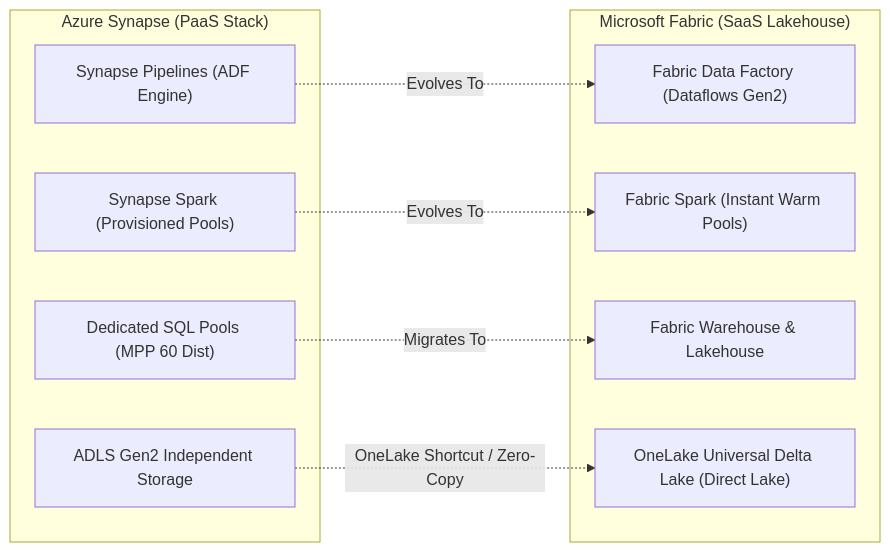
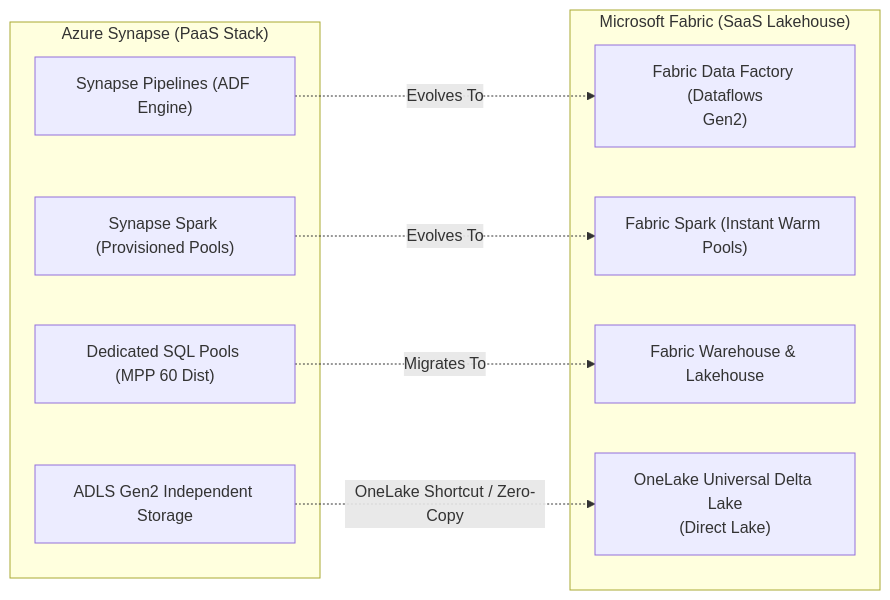
The diagram in cheatsheets/azure-service-map-and-renames.md (santoshjammi29/azure-cheat-sheet), drawn with Mermaid before and after one commit. The commit also changed 15 other files, not shown here.

Commit message:
fix(diagrams): word-wrap labels and escape comparison operators across all diagrams

````diff
--- a/cheatsheets/azure-service-map-and-renames.md
+++ b/cheatsheets/azure-service-map-and-renames.md
@@ -104,21 +104,21 @@
 ```mermaid
 flowchart LR
     subgraph Synapse_PaaS["Azure Synapse (PaaS Stack)"]
         SynADF["Synapse Pipelines (ADF Engine)"]
         SynSpark["Synapse Spark (Provisioned Pools)"]
         SynDedicated["Dedicated SQL Pools (MPP 60 Dist)"]
         SynADLS["ADLS Gen2 Independent Storage"]
     end
 
     subgraph Fabric_SaaS["Microsoft Fabric (SaaS Lakehouse)"]
-        FabDF["Fabric Data Factory (Dataflows Gen2)"]
+        FabDF["Fabric Data Factory (Dataflows<br/>Gen2)"]
         FabSpark["Fabric Spark (Instant Warm Pools)"]
         FabWH["Fabric Warehouse & Lakehouse"]
-        FabOneLake["OneLake Universal Delta Lake (Direct Lake)"]
+        FabOneLake["OneLake Universal Delta Lake<br/>(Direct Lake)"]
     end
 
     SynADF -.->|Evolves To| FabDF
     SynSpark -.->|Evolves To| FabSpark
     SynDedicated -.->|Migrates To| FabWH
-    SynADLS -.->|OneLake Shortcut / Zero-Copy| FabOneLake
+    SynADLS -.->|"OneLake Shortcut / Zero-Copy"| FabOneLake
 ```
````
